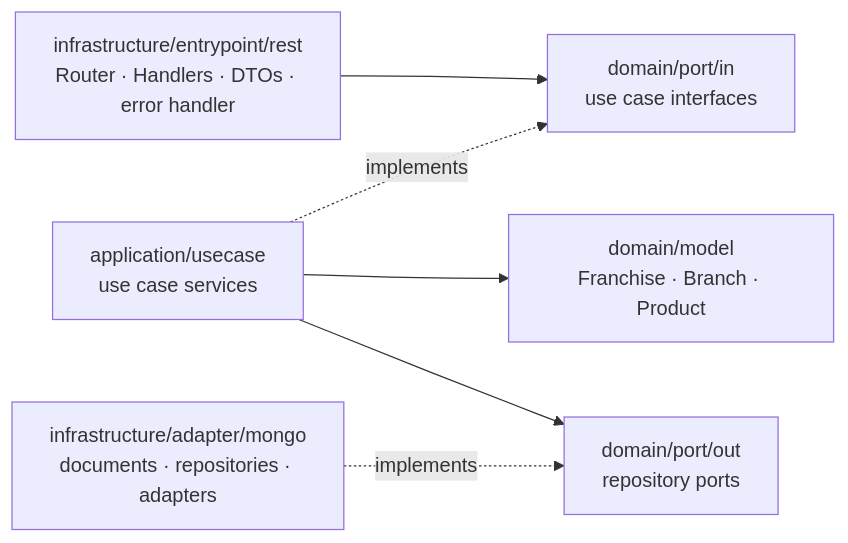
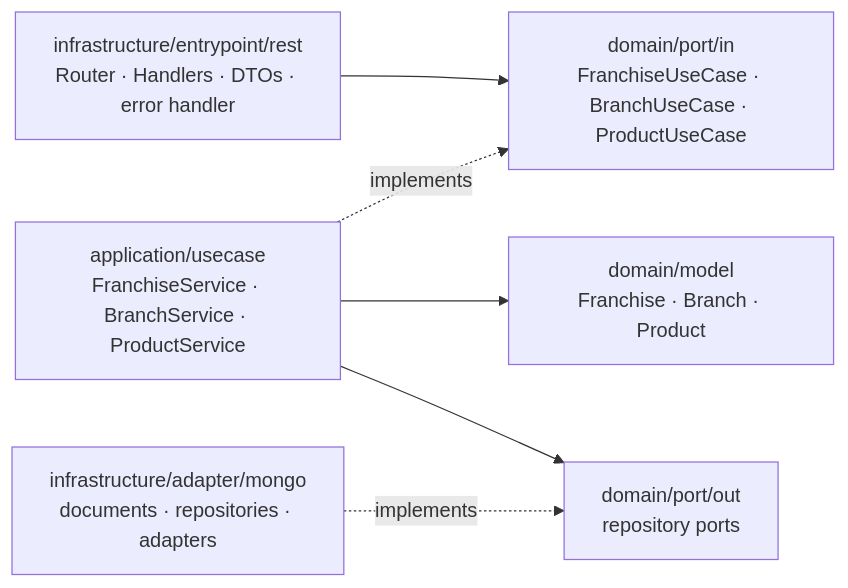
The diagram in README.md (SantiagoRuizM/franquix), drawn with Mermaid before and after one commit. The commit also changed other lines of this file and 40 other files, not shown here.

First line of the commit message:
refactor: group the use cases into one port and service per aggregate

````diff
--- a/README.md
+++ b/README.md
@@ -18,8 +18,8 @@
 ```mermaid
 flowchart LR
-    REST["infrastructure/entrypoint/rest<br/>Router · Handlers · DTOs · error handler"] --> IN["domain/port/in<br/>use case interfaces"]
-    UC["application/usecase<br/>use case services"] -. implements .-> IN
+    REST["infrastructure/entrypoint/rest<br/>Router · Handlers · DTOs · error handler"] --> IN["domain/port/in<br/>FranchiseUseCase · BranchUseCase · ProductUseCase"]
+    UC["application/usecase<br/>FranchiseService · BranchService · ProductService"] -. implements .-> IN
     UC --> MODEL["domain/model<br/>Franchise · Branch · Product"]
     UC --> OUT["domain/port/out<br/>repository ports"]
     MONGO["infrastructure/adapter/mongo<br/>documents · repositories · adapters"] -. implements .-> OUT
 ```
````
